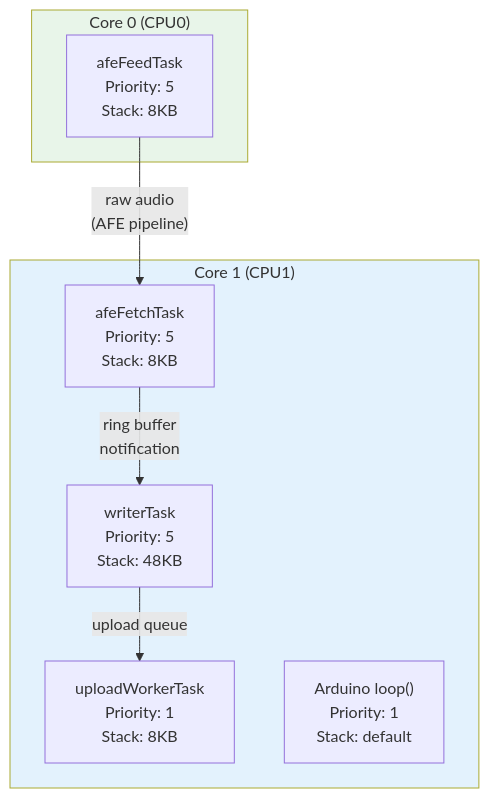
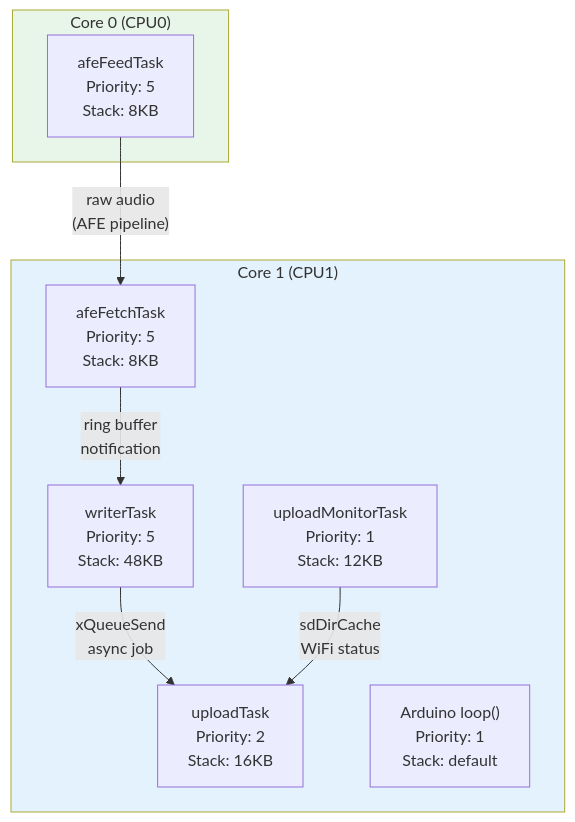
Before and after one commit to dlgreenwald/lifelog: the second of 6 diagrams in firmware-ota/ARCHITECTURE.md, drawn with Mermaid. The commit also changed other lines of this file and 17 other files, not shown here.

First line of the commit message:
feat(firmware): AGC 45dB ceiling + 20dB seed, async upload task, Opus stream reinit, OAuth retry, token sanity (#116)

````diff
--- a/firmware-ota/ARCHITECTURE.md
+++ b/firmware-ota/ARCHITECTURE.md
@@ -69,20 +76,22 @@
 ```mermaid
 graph TB
     subgraph Core0["Core 0 (CPU0)"]
         feed["afeFeedTask<br/>Priority: 5<br/>Stack: 8KB"]
     end
 
     subgraph Core1["Core 1 (CPU1)"]
         fetch["afeFetchTask<br/>Priority: 5<br/>Stack: 8KB"]
         writer["writerTask<br/>Priority: 5<br/>Stack: 48KB"]
-        uploader["uploadWorkerTask<br/>Priority: 1<br/>Stack: 8KB"]
+        upload["uploadTask<br/>Priority: 2<br/>Stack: 16KB"]
+        mon["uploadMonitorTask<br/>Priority: 1<br/>Stack: 12KB"]
         loop["Arduino loop()<br/>Priority: 1<br/>Stack: default"]
     end
 
     feed -->|"raw audio<br/>(AFE pipeline)"| fetch
     fetch -->|"ring buffer<br/>notification"| writer
-    writer -->|"upload queue"| uploader
+    writer -->|"xQueueSend<br/>async job"| upload
+    mon -->|"sdDirCache<br/>WiFi status"| upload
 
     style Core0 fill:#e8f5e9
     style Core1 fill:#e3f2fd
 ```
````
